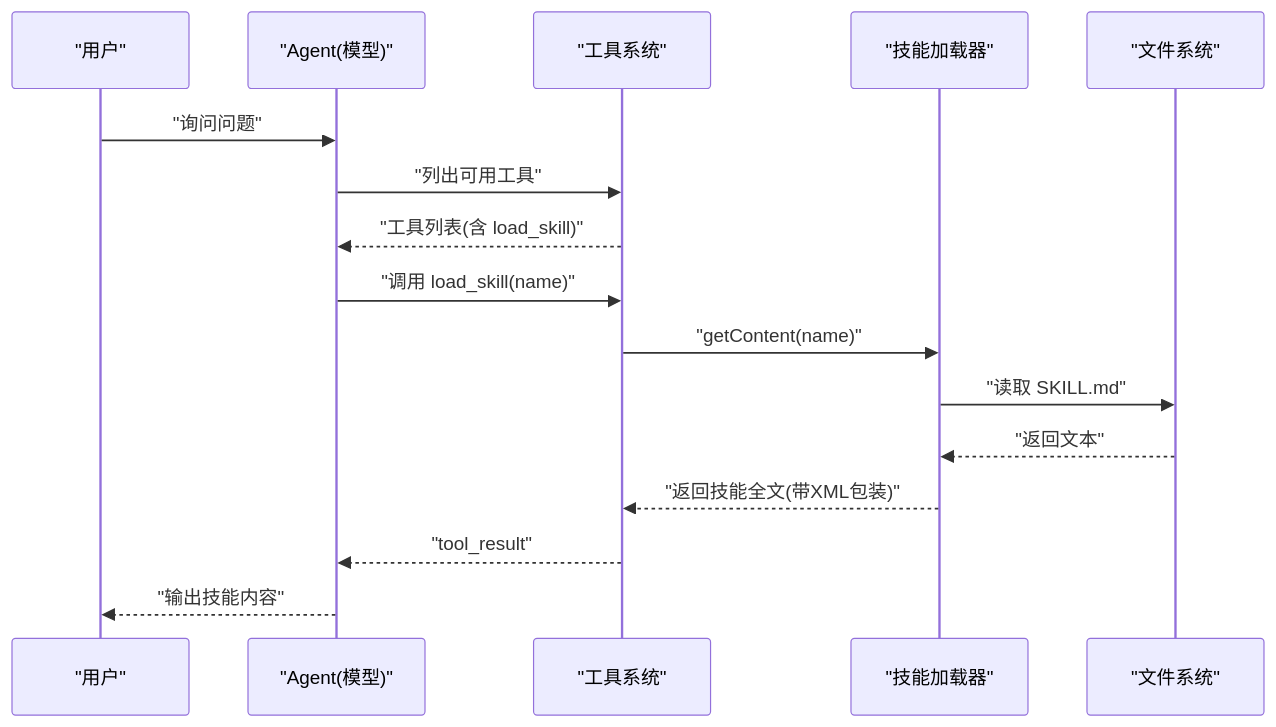
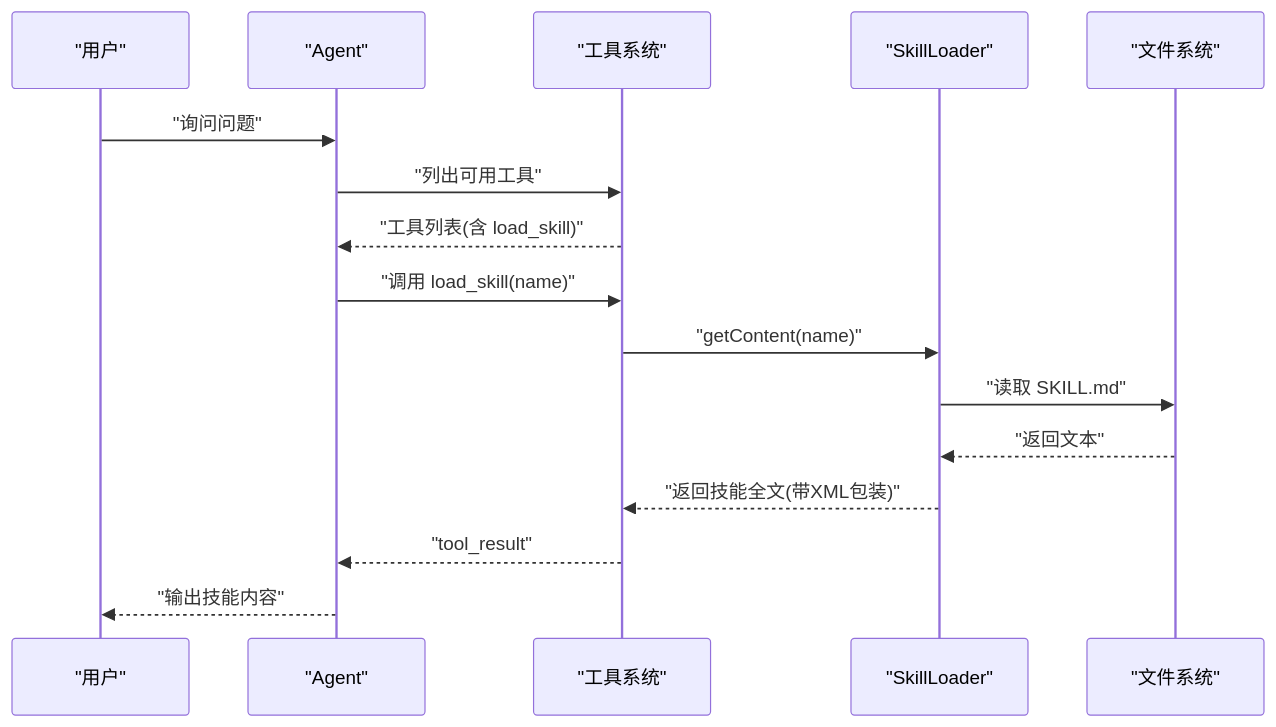
The second of 7 diagrams in .qoder/repowiki/zh/content/核心功能详解/技能加载系统.md (eurekaYYzero/Mini-Claude-Code), drawn with Mermaid before and after one commit. The commit also changed other lines of this file and 27 other files, not shown here.

````diff
--- a/.qoder/repowiki/zh/content/核心功能详解/技能加载系统.md
+++ b/.qoder/repowiki/zh/content/核心功能详解/技能加载系统.md
@@ -103,18 +125,18 @@
 ```mermaid
 sequenceDiagram
 participant U as "用户"
-participant A as "Agent(模型)"
+participant A as "Agent"
 participant T as "工具系统"
-participant SL as "技能加载器"
+participant SL as "SkillLoader"
 participant FS as "文件系统"
 U->>A : "询问问题"
 A->>T : "列出可用工具"
 T-->>A : "工具列表(含 load_skill)"
 A->>T : "调用 load_skill(name)"
 T->>SL : "getContent(name)"
 SL->>FS : "读取 SKILL.md"
 FS-->>SL : "返回文本"
 SL-->>T : "返回技能全文(带XML包装)"
 T-->>A : "tool_result"
 A-->>U : "输出技能内容"
 ```
````
